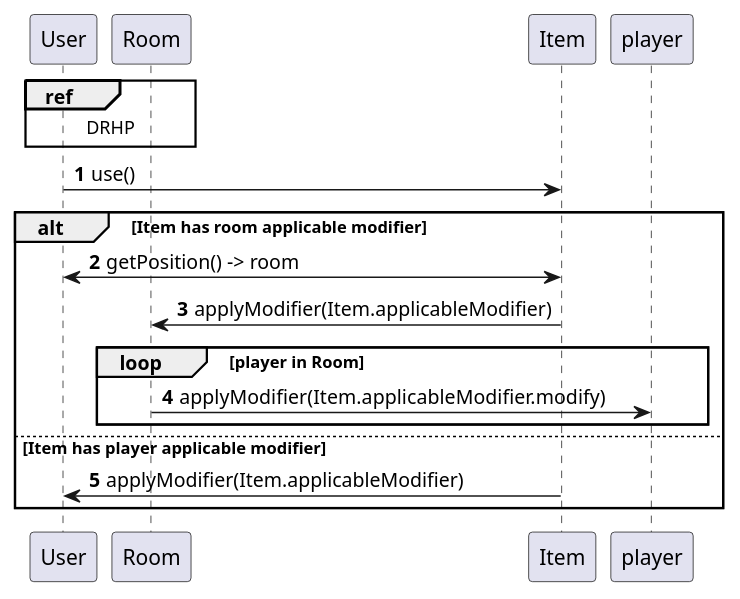
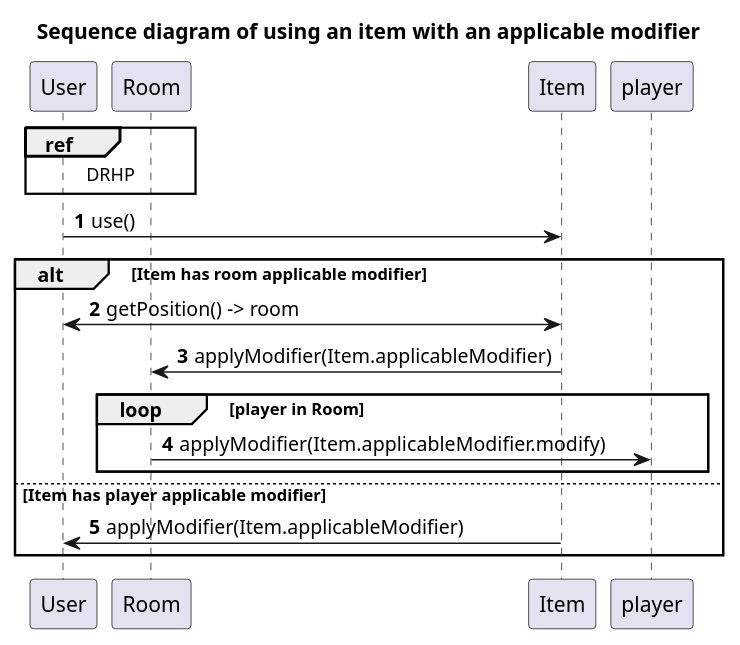
One commit to MysticMazeEducators/.github changed the diagram in resources/sequence_diagrams/use_item.puml. Above: the diagram before and after it, drawn with PlantUML. The commit also changed 5 other files, not shown here.

```diff
--- a/resources/sequence_diagrams/use_item.puml
+++ b/resources/sequence_diagrams/use_item.puml
@@ -1,22 +1,22 @@
 @startuml
 'https://plantuml.com/sequence-diagram
-
+title Sequence diagram of using an item with an applicable modifier
 autonumber
 
 participant "User" as U
 participant "Room" as R
 participant "Item" as I
 
 ref over U, R: DRHP
 
 U -> I: use()
 alt Item has room applicable modifier
     I <-> U: getPosition() -> room
     I -> R: applyModifier(Item.applicableModifier)
     loop player in Room
         R -> player: applyModifier(Item.applicableModifier.modify)
     end
 else Item has player applicable modifier
     I -> U: applyModifier(Item.applicableModifier)
 end
 @enduml
```
